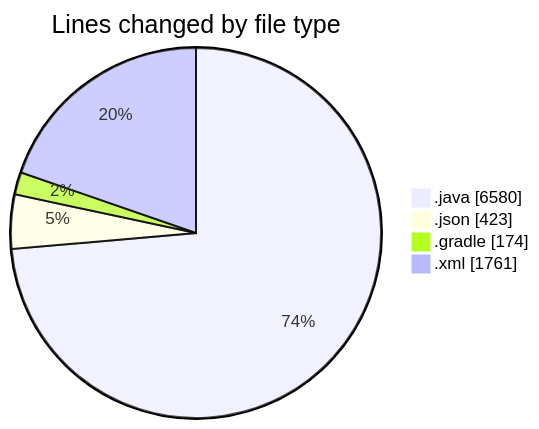
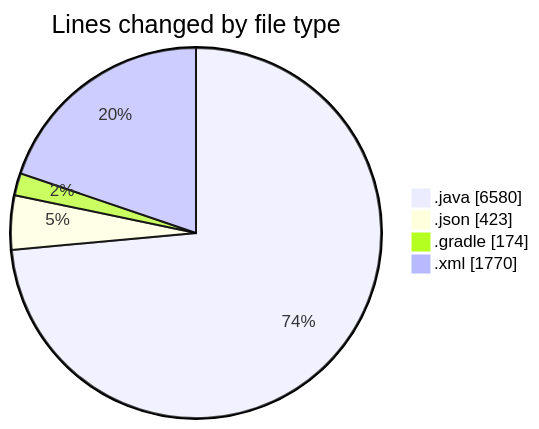
One commit to charlie-sans/code-tracking changed the first of 2 diagrams in 2025-02-22/micros/README.md. Above: the diagram before and after it, drawn with Mermaid. The commit also changed other lines of this file and 1 other file, not shown here.

````diff
--- a/2025-02-22/micros/README.md
+++ b/2025-02-22/micros/README.md
@@ -68,8 +68,8 @@
 ```mermaid
 pie showData
 title Lines changed by file type
 ".java" : 6580
 ".json" : 423
 ".gradle" : 174
-".xml" : 1761
+".xml" : 1770
 ```
````
